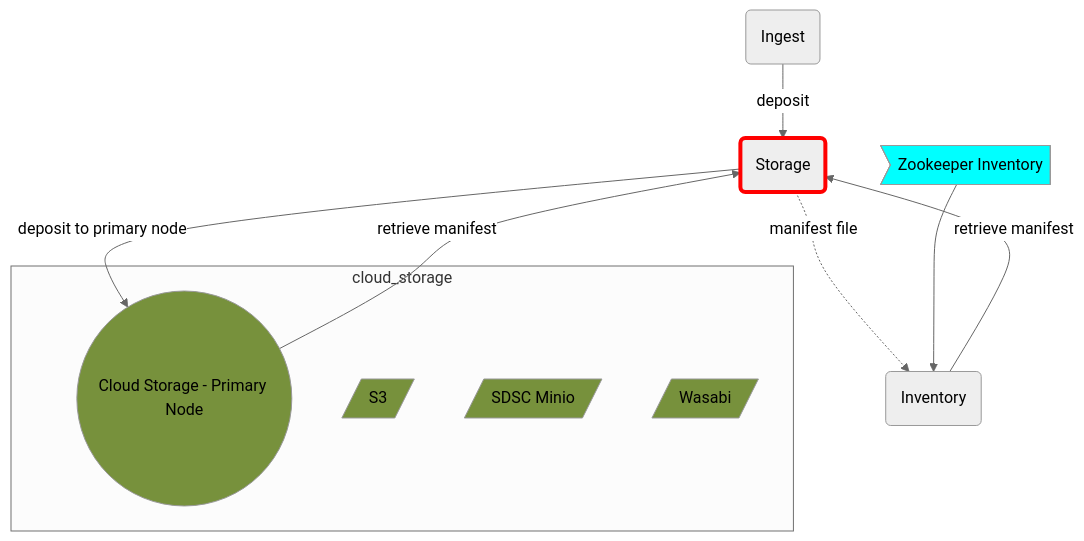
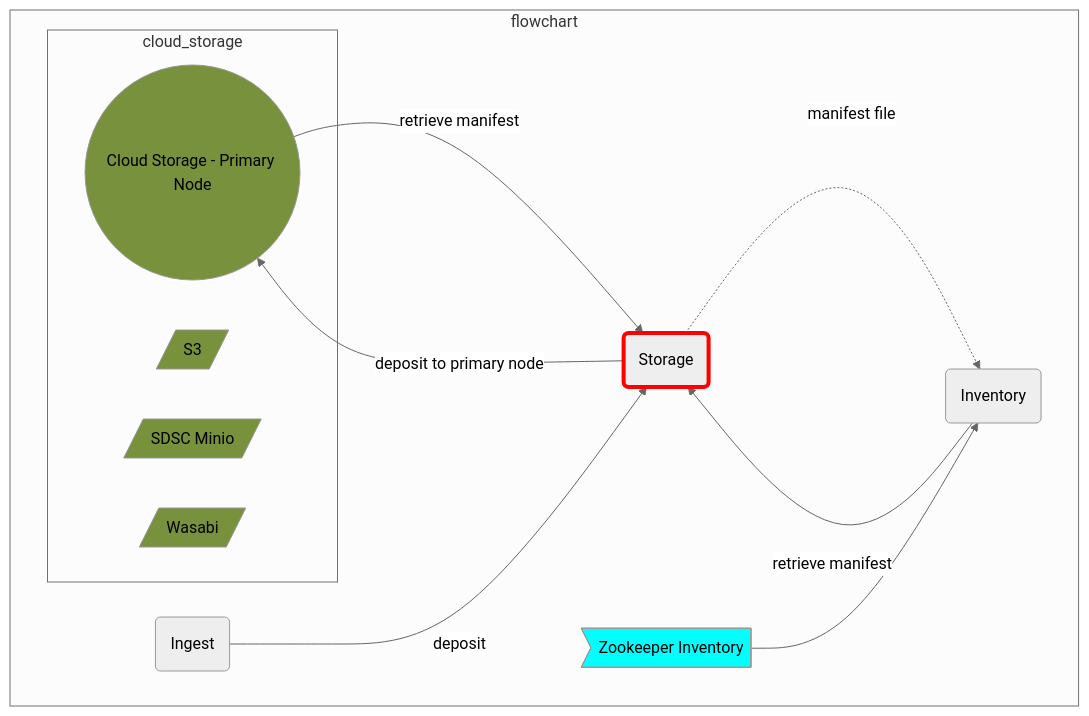
Before and after one commit to CDLUC3/mrt-doc: the diagram in diagrams/store-ing.mmd, drawn with Mermaid. The commit also changed 34 other files, not shown here.

```diff
--- a/diagrams/store-ing.mmd
+++ b/diagrams/store-ing.mmd
@@ -1,27 +1,29 @@
 %%{init: {'theme': 'neutral'}}%%
 graph TD
   ING(Ingest)
   ST(Storage)
   INV(Inventory)
   ZOOINV>Zookeeper Inventory]
 
-  subgraph cloud_storage
-    CLOUD(("Cloud Storage - Primary Node"))
-    CLDS3[/S3/]
-    CLDSDSC[/SDSC Minio/]
-    CLDWAS[/Wasabi/]
+  subgraph flowchart
+
+    subgraph cloud_storage
+      CLOUD(("Cloud Storage - Primary Node"))
+      CLDS3[/S3/]
+      CLDSDSC[/SDSC Minio/]
+      CLDWAS[/Wasabi/]
+    end
+
+    ING --> |deposit| ST
+    INV --> |retrieve manifest| ST
+    ST -.-> |manifest file| INV
+    ST --> |deposit to primary node| CLOUD
+    CLOUD --> |retrieve manifest| ST
+    ZOOINV --> INV 
   end
-
-  ING --> |deposit| ST
-  INV --> |retrieve manifest| ST
-  ST -.-> |manifest file| INV
-  ST --> |deposit to primary node| CLOUD
-  CLOUD --> |retrieve manifest| ST
-  ZOOINV --> INV 
-
   style CLOUD fill:#77913C
   style CLDS3 fill:#77913C
   style CLDSDSC fill:#77913C
   style CLDWAS fill:#77913C
   style ST stroke:red,stroke-width:4px
   style ZOOINV fill:cyan
```
